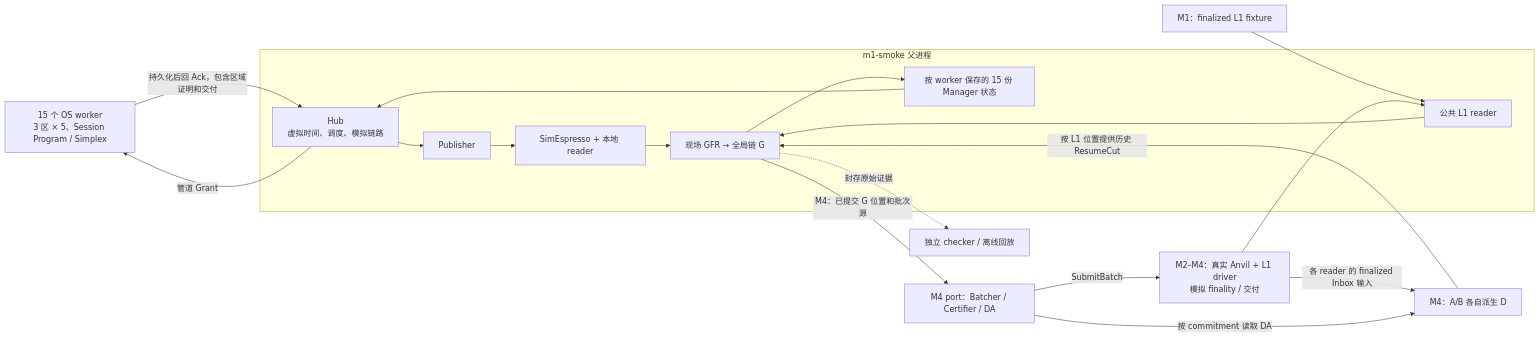
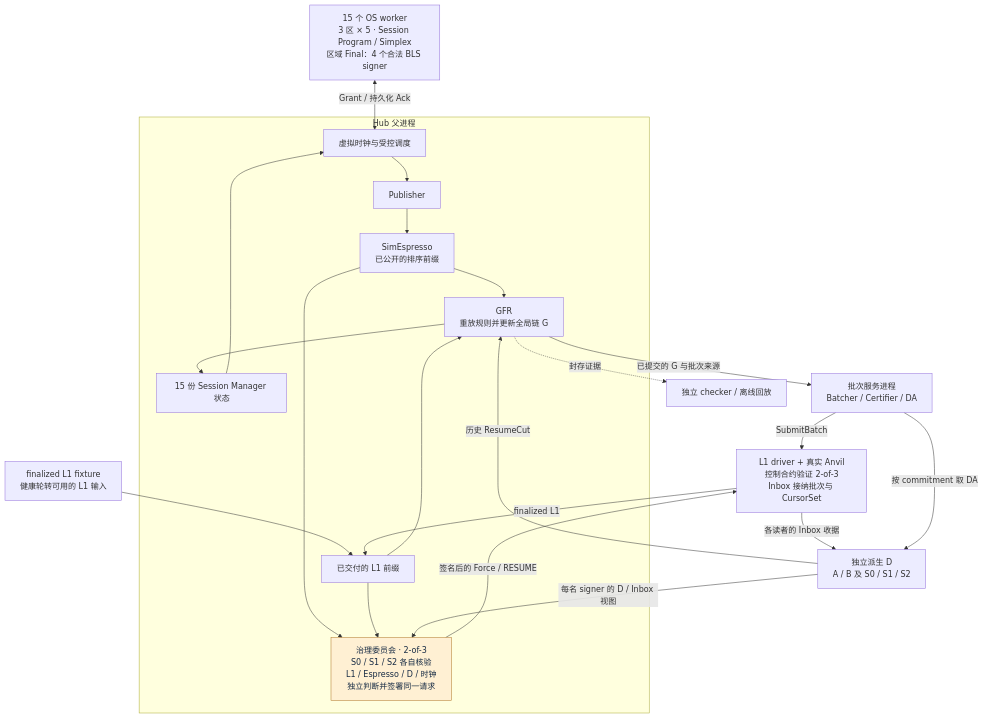
Before and after one commit to Vieloooo/MegaRotation_POC: the diagram in poc/docs/PoC架构与阶段工作报告.md, drawn with Mermaid. The commit also changed other lines of this file and 1 other file, not shown here.

Commit message:
docs(poc): refine runtime and governance topology in the report

````diff
--- a/poc/docs/PoC架构与阶段工作报告.md
+++ b/poc/docs/PoC架构与阶段工作报告.md
@@ -31,26 +30,32 @@
 ```mermaid
-flowchart LR
-    W["15 个 OS worker<br/>3 区 × 5、Session Program / Simplex"]
-    subgraph H["m1-smoke 父进程"]
-        S["Hub<br/>虚拟时间、调度、模拟链路"]
+flowchart TB
+    W["15 个 OS worker<br/>3 区 × 5 · Session Program / Simplex<br/>区域 Final：4 个合法 BLS signer"]
+    subgraph H["Hub 父进程"]
+        S["虚拟时钟与受控调度"]
         P["Publisher"]
-        E["SimEspresso + 本地 reader"]
-        G["现场 GFR → 全局链 G"]
-        M["按 worker 保存的 15 份 Manager 状态"]
-        L["公共 L1 reader"]
+        E["SimEspresso<br/>已公开的排序前缀"]
+        G["GFR<br/>重放规则并更新全局链 G"]
+        M["15 份 Session Manager 状态"]
+        L["已交付的 L1 前缀"]
+        V["治理委员会 · 2-of-3<br/>S0 / S1 / S2 各自核验<br/>L1 / Espresso / D / 时钟<br/>独立判断并签署同一请求"]
         P --> E --> G --> M
         L --> G
         M --> S
         S --> P
+        E --> V
+        L --> V
     end
-    S -->|"管道 Grant"| W
-    W -->|"持久化后回 Ack，包含区域证明和交付"| S
-    F["M1：finalized L1 fixture"] --> L
-    A["M2–M4：真实 Anvil + L1 driver<br/>模拟 finality / 交付"] --> L
-    G -->|"M4：已提交 G 位置和批次源"| B["M4 port：Batcher / Certifier / DA"]
+    W <-->|"Grant / 持久化 Ack"| S
+    F["finalized L1 fixture<br/>健康轮转可用的 L1 输入"] --> L
+    A["L1 driver + 真实 Anvil<br/>控制合约验证 2-of-3<br/>Inbox 接纳批次与 CursorSet"] -->|"finalized L1"| L
+    V -->|"签名后的 Force / RESUME"| A
+    G -->|"已提交的 G 与批次来源"| B["批次服务进程<br/>Batcher / Certifier / DA"]
     B -->|"SubmitBatch"| A
-    A -->|"各 reader 的 finalized Inbox 输入"| D["M4：A/B 各自派生 D"]
-    B -->|"按 commitment 读取 DA"| D
-    D -->|"按 L1 位置提供历史 ResumeCut"| G
-    G -. "封存原始证据" .-> C["独立 checker / 离线回放"]
+    A -->|"各读者的 Inbox 收据"| D["独立派生 D<br/>A / B 及 S0 / S1 / S2"]
+    B -->|"按 commitment 取 DA"| D
+    D -->|"历史 ResumeCut"| G
+    D -->|"每名 signer 的 D / Inbox 视图"| V
+    G -. 封存证据 .-> C["独立 checker / 离线回放"]
+    classDef governance fill:#fff0d3,stroke:#ad7426,color:#172b44
+    class V governance
 ```
````
